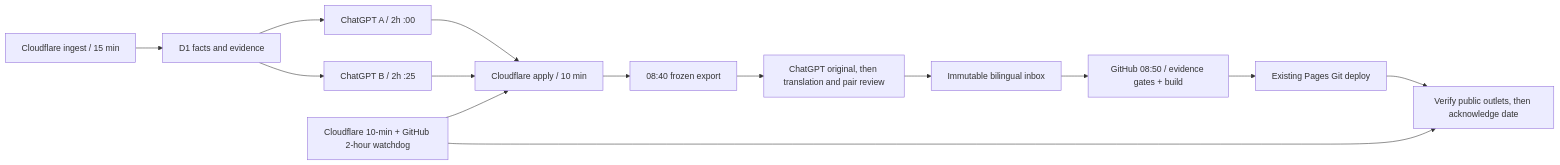
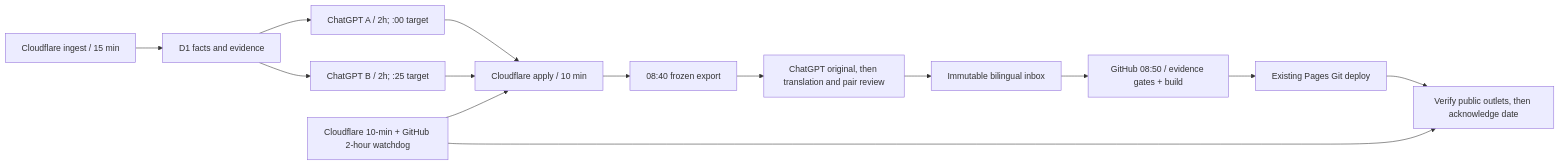
One commit to Matataphysika911/AIHOT changed the diagram in cloudflare/phase3/DAILY-AUTONOMY.md. Above: the diagram before and after it, drawn with Mermaid. The commit also changed other lines of this file and 2 other files, not shown here.

````diff
--- a/cloudflare/phase3/DAILY-AUTONOMY.md
+++ b/cloudflare/phase3/DAILY-AUTONOMY.md
@@ -13,16 +13,16 @@
 ```mermaid
 flowchart LR
   C[Cloudflare ingest / 15 min] --> D[D1 facts and evidence]
-  D --> A[ChatGPT A / 2h :00]
-  D --> B[ChatGPT B / 2h :25]
+  D --> A[ChatGPT A / 2h; :00 target]
+  D --> B[ChatGPT B / 2h; :25 target]
   A --> F[Cloudflare apply / 10 min]
   B --> F
   F --> S[08:40 frozen export]
   S --> O[ChatGPT original, then translation and pair review]
   O --> I[Immutable bilingual inbox]
   I --> G[GitHub 08:50 / evidence gates + build]
   G --> P[Existing Pages Git deploy]
   P --> V[Verify public outlets, then acknowledge date]
   W[Cloudflare 10-min + GitHub 2-hour watchdog] --> F
   W --> V
 ```
````
